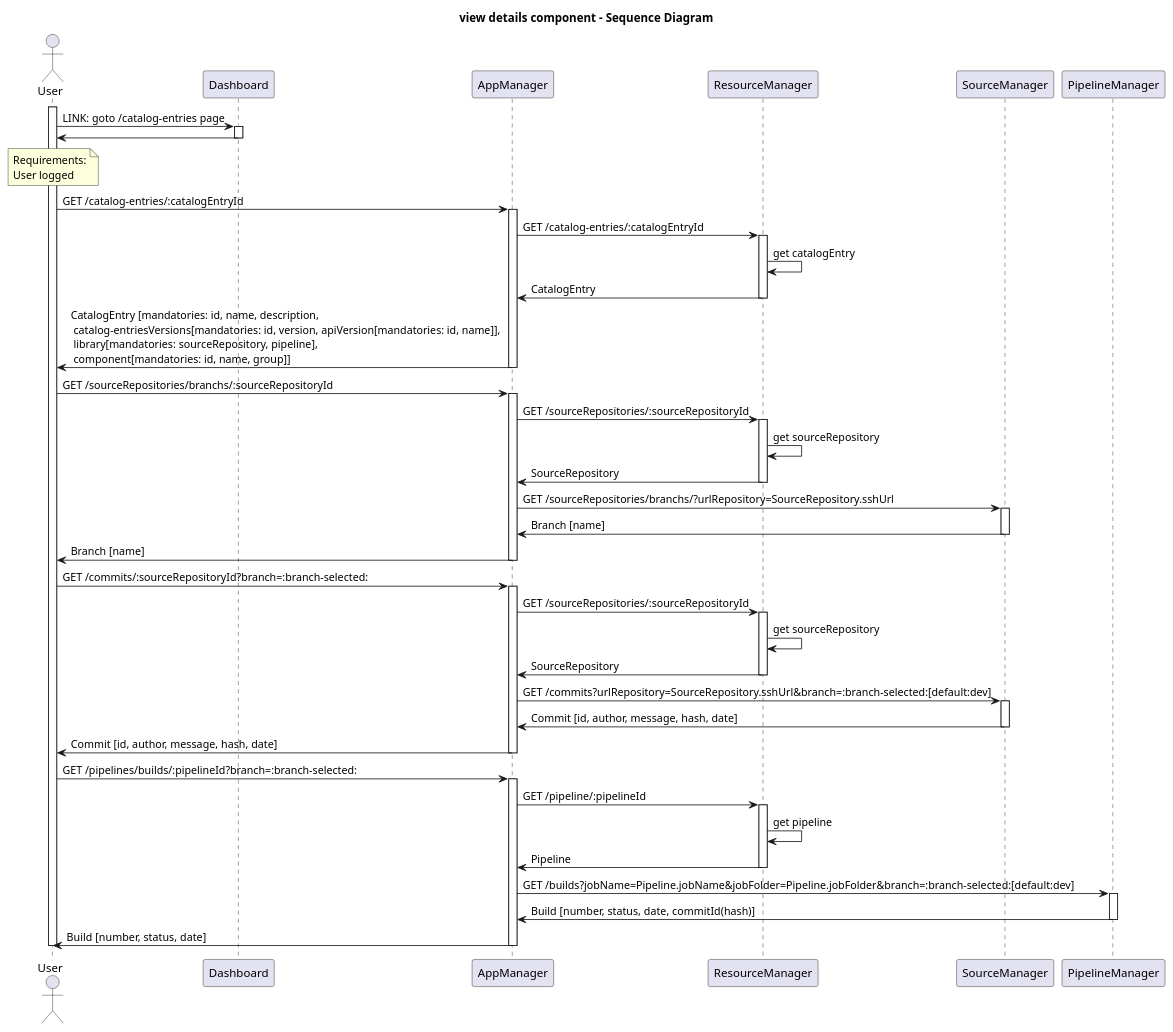
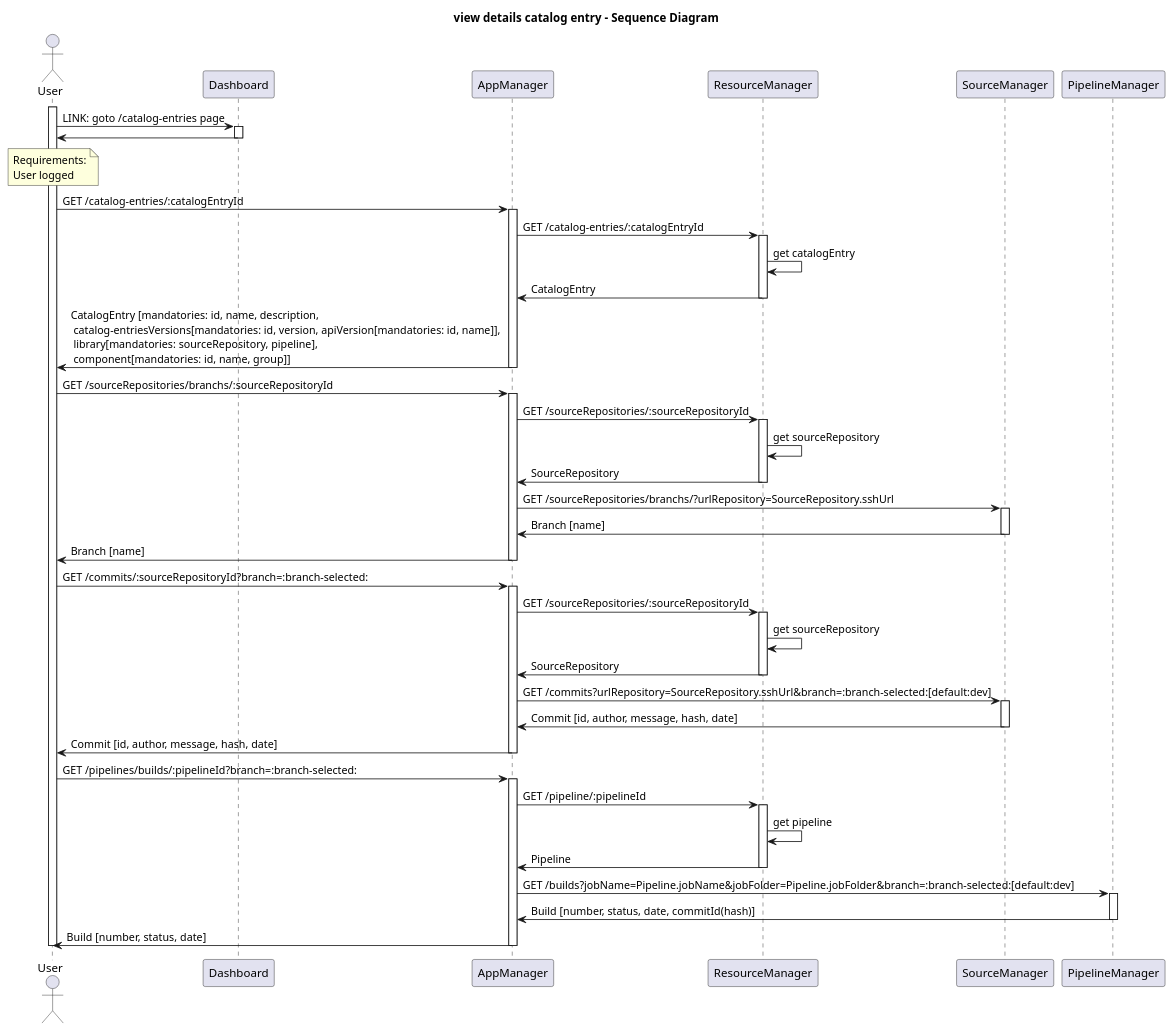
Before and after one commit to kathra-project/specifications: the diagram in Use cases/CatalogEntry/ViewDetailed/view-detailed-sequence.puml, drawn with PlantUML. The commit also changed 4 other files, not shown here.

```diff
--- a/Use cases/CatalogEntry/ViewDetailed/view-detailed-sequence.puml
+++ b/Use cases/CatalogEntry/ViewDetailed/view-detailed-sequence.puml
@@ -1,88 +1,88 @@
 @startuml
-title "view details component - Sequence Diagram"
+title "view details catalog entry - Sequence Diagram"
 
 actor User
 'boundary Proxy
 participant Dashboard as UI
 participant AppManager
 participant ResourceManager
 
 activate User
 User -> UI: LINK: goto /catalog-entries page
 activate UI
 UI -> User:
 deactivate UI
 
 note over User
   Requirements:
   User logged
 end note
 
 User -> AppManager: GET /catalog-entries/:catalogEntryId
 activate AppManager
 AppManager -> ResourceManager: GET /catalog-entries/:catalogEntryId
 activate ResourceManager
 ResourceManager -> ResourceManager : get catalogEntry
 AppManager <- ResourceManager : CatalogEntry
 deactivate ResourceManager
 User <- AppManager : CatalogEntry [mandatories: id, name, description, \n catalog-entriesVersions[mandatories: id, version, apiVersion[mandatories: id, name]], \n library[mandatories: sourceRepository, pipeline], \n component[mandatories: id, name, group]]
 deactivate AppManager
 
 User -> AppManager: GET /sourceRepositories/branchs/:sourceRepositoryId
 activate AppManager
 AppManager -> ResourceManager: GET /sourceRepositories/:sourceRepositoryId
 activate ResourceManager
 ResourceManager -> ResourceManager : get sourceRepository
 AppManager <- ResourceManager : SourceRepository
 deactivate ResourceManager
 
 AppManager -> SourceManager: GET /sourceRepositories/branchs/?urlRepository=SourceRepository.sshUrl
 activate SourceManager
 AppManager <- SourceManager : Branch [name]
 deactivate SourceManager
 deactivate ResourceManager
 User <- AppManager: Branch [name]
 deactivate AppManager
 
 User -> AppManager: GET /commits/:sourceRepositoryId?branch=:branch-selected:
 activate AppManager
 AppManager -> ResourceManager: GET /sourceRepositories/:sourceRepositoryId
 activate ResourceManager
 ResourceManager -> ResourceManager : get sourceRepository
 AppManager <- ResourceManager : SourceRepository
 deactivate ResourceManager
 
 AppManager -> SourceManager: GET /commits?urlRepository=SourceRepository.sshUrl&branch=:branch-selected:[default:dev]
 activate SourceManager
 AppManager <- SourceManager : Commit [id, author, message, hash, date]
 deactivate SourceManager
 deactivate ResourceManager
 
 User <- AppManager: Commit [id, author, message, hash, date]
 deactivate AppManager
 
 
 
 User -> AppManager: GET /pipelines/builds/:pipelineId?branch=:branch-selected:
 activate AppManager
 AppManager -> ResourceManager: GET /pipeline/:pipelineId
 activate ResourceManager
 ResourceManager -> ResourceManager : get pipeline
 AppManager <- ResourceManager : Pipeline
 deactivate ResourceManager
 
 AppManager -> PipelineManager: GET /builds?jobName=Pipeline.jobName&jobFolder=Pipeline.jobFolder&branch=:branch-selected:[default:dev]
 activate PipelineManager
 AppManager <- PipelineManager : Build [number, status, date, commitId(hash)]
 deactivate PipelineManager
 deactivate ResourceManager
 
 User <- AppManager: Build [number, status, date]
 deactivate AppManager
 
 
 
 deactivate User
 
 
 @enduml
```
